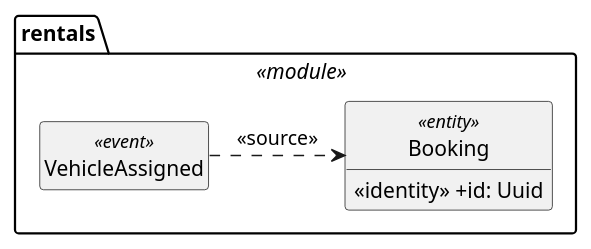
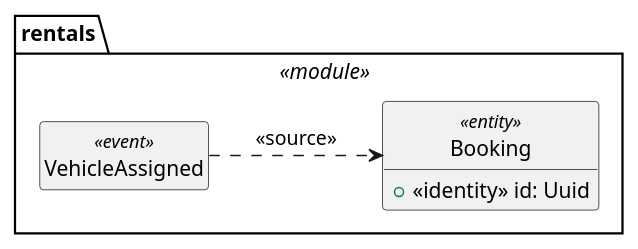
Before and after one commit to sdm-lang/tree-sitter-sdml: diagram 15 of 19 in docs/uml-profile.org, drawn with PlantUML. The commit also changed other lines of this file and 25 other files, not shown here.

Commit message:
docs: working on UML profile

```diff
--- a/docs/uml-profile.org
+++ b/docs/uml-profile.org
@@ -316,13 +581,17 @@
 #+BEGIN_SRC plantuml :file uml-ex-event.svg
 skinparam backgroundColor transparent
+skinparam style strictuml
+skinparam linetype polyline
+skinparam nodesep 60
+
 hide circle
 hide empty members
 
 package rentals <<module>> {
     class VehicleAssigned <<event>> {}
     class Booking <<entity>> {
-        <<identity>> +id: Uuid
+        + <<identity>> id: Uuid
     }
     VehicleAssigned .r.> Booking: <<source>>
 }
 #+END_SRC
```
